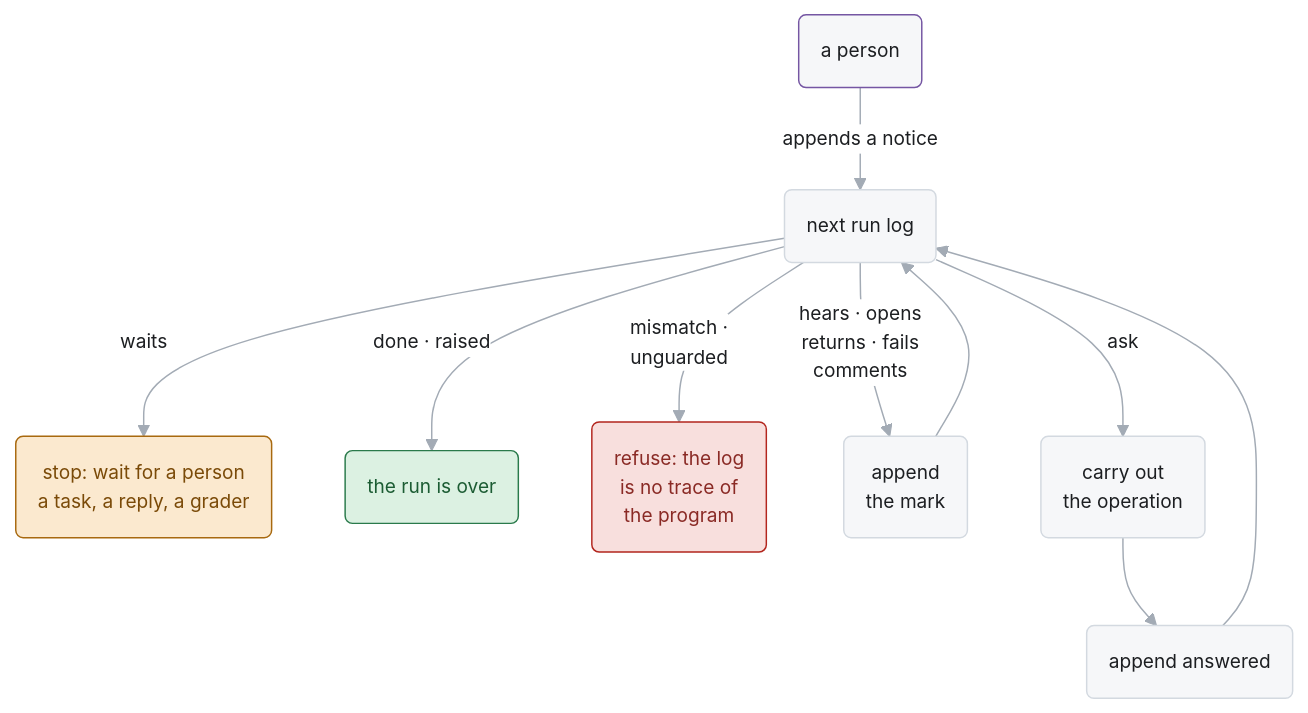
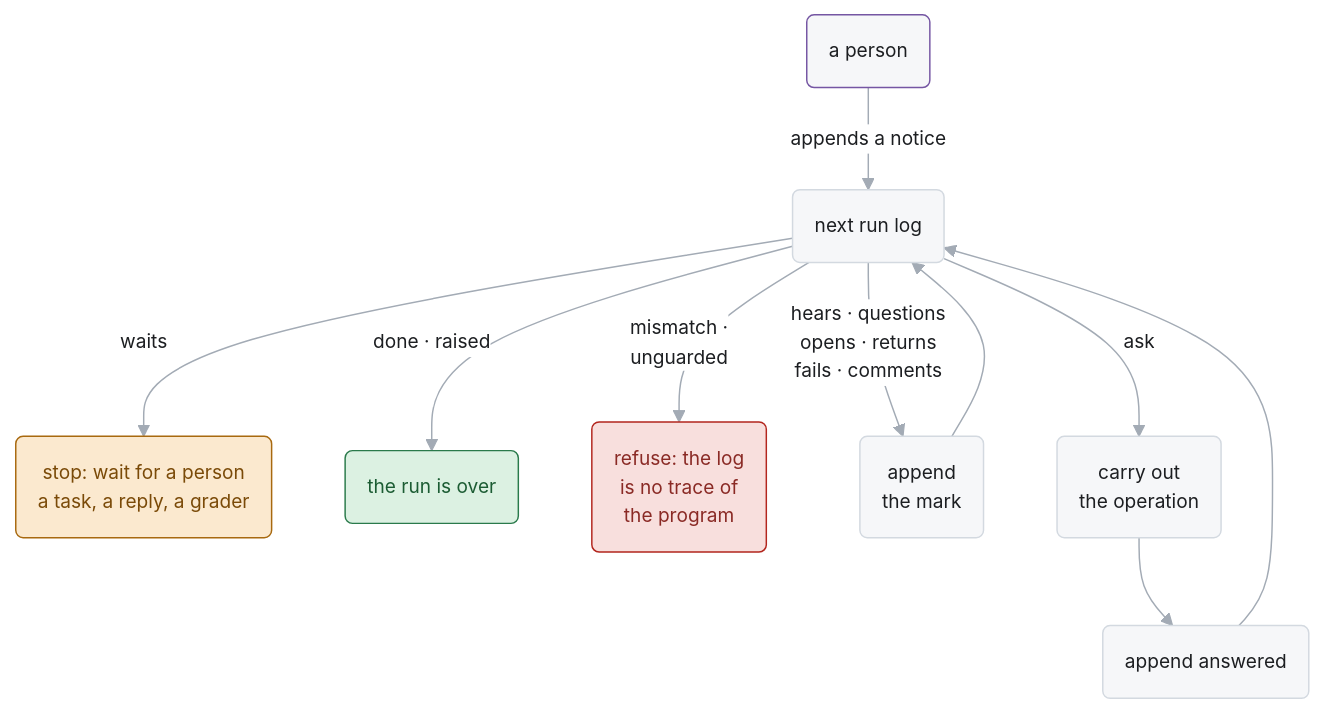
One commit to pku-xht/alaya changed the third of 6 diagrams in docs/agent-api.md. Above: the diagram before and after it, drawn with Mermaid. The commit also changed other lines of this file and 30 other files, not shown here.

````diff
--- a/docs/agent-api.md
+++ b/docs/agent-api.md
@@ -345,18 +390,18 @@
 ```mermaid
 %%{init: {"theme": "base", "themeVariables": {"fontFamily": "BlinkMacSystemFont, Segoe UI, Helvetica, Arial", "fontSize": "13px", "primaryColor": "#f6f7f9", "primaryTextColor": "#1c1e21", "primaryBorderColor": "#d3d9e0", "lineColor": "#a3abb5", "textColor": "#6f7985", "edgeLabelBackground": "#ffffff", "clusterBkg": "#fafbfc", "clusterBorder": "#e3e6ea"}}}%%
 flowchart TD
   classDef notice stroke:#7556a3
   classDef ok fill:#dcf1e2,stroke:#2a7a4b,color:#1c5c33
   classDef bad fill:#f8dfdd,stroke:#b3261e,color:#8a2a25
   classDef wait fill:#fbe9cf,stroke:#a8690f,color:#7a4a08
 
   person("a person"):::notice -- "appends a notice" --> next("next run log")
   next -- "waits" --> waits("stop: wait for a person<br/>a task, a reply, a grader"):::wait
   next -- "done · raised" --> over("the run is over"):::ok
   next -- "mismatch ·<br/>unguarded" --> refuse("refuse: the log<br/>is no trace of<br/>the program"):::bad
-  next -- "hears · opens<br/>returns · fails<br/>comments" --> mark("append<br/>the mark")
+  next -- "hears · questions<br/>opens · returns<br/>fails · comments" --> mark("append<br/>the mark")
   mark --> next
   next -- "ask" --> act("carry out<br/>the operation") --> answered("append answered")
   answered --> next
   linkStyle default stroke-width:1px
 ```
````
